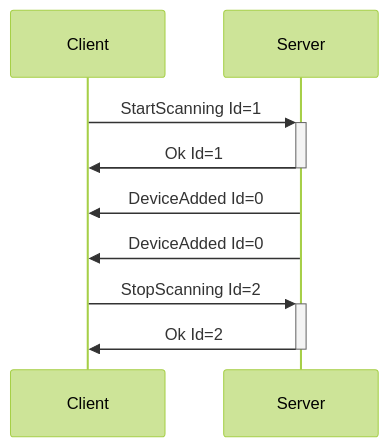
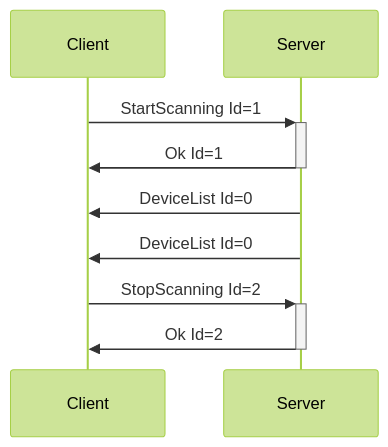
Before and after one commit to buttplugio/docs.buttplug.io: the second of 5 diagrams in docs/spec/enumeration.md, drawn with Mermaid (forest theme). The commit also changed other lines of this file and 2 other files, not shown here.

Commit message:
Update DeviceList and wording around Added/Removed

````diff
--- a/docs/spec/enumeration.md
+++ b/docs/spec/enumeration.md
@@ -66,9 +66,9 @@
 ```mermaid
 sequenceDiagram
     Client->>+Server: StartScanning Id=1
     Server->>-Client: Ok Id=1
-    Server->>Client: DeviceAdded Id=0
-    Server->>Client: DeviceAdded Id=0
+    Server->>Client: DeviceList Id=0
+    Server->>Client: DeviceList Id=0
     Client->>+Server: StopScanning Id=2
     Server->>-Client: Ok Id=2
 ```
````
